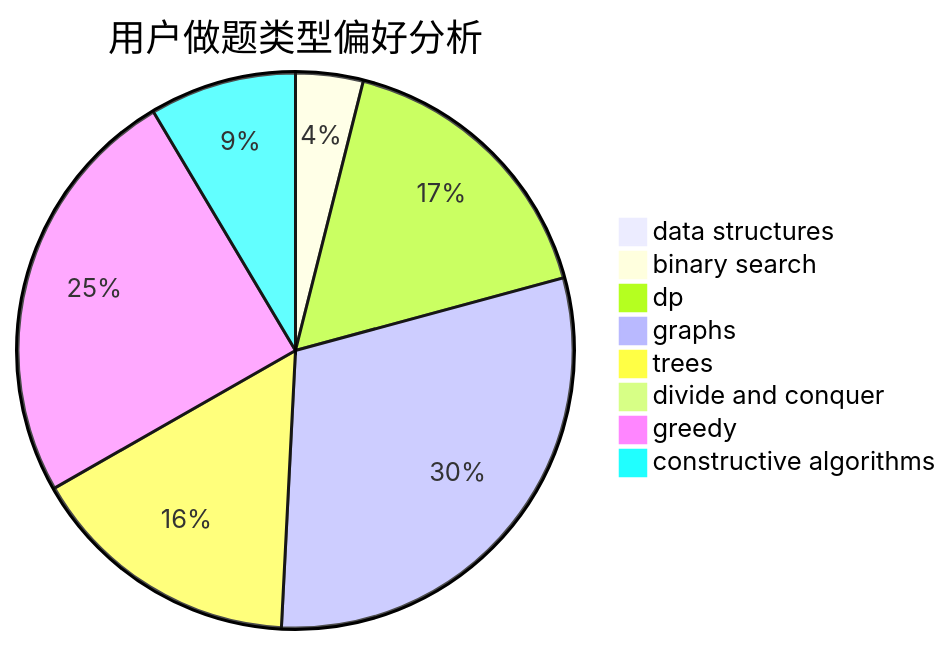
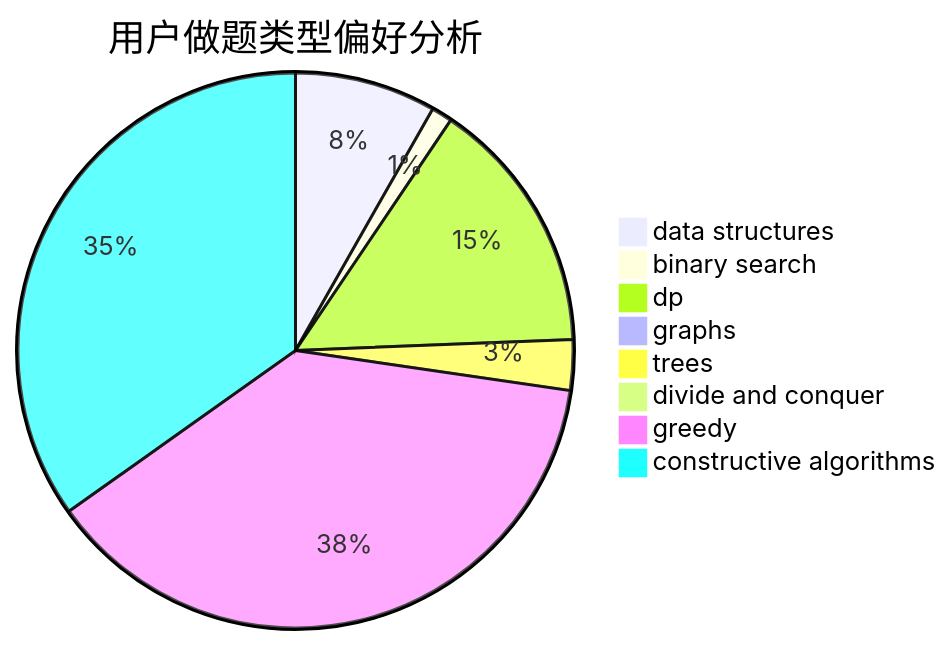
Before and after one commit to sherpahu/cfrs.github.io: the second of 3 diagrams in docs/user/u386.md, drawn with Mermaid. The commit also changed other lines of this file and 2770 other files, not shown here.

````diff
--- a/docs/user/u386.md
+++ b/docs/user/u386.md
@@ -23,11 +23,11 @@
 ```mermaid
 pie title 用户做题类型偏好分析
-    "data structures" :  2
-    "binary search" :  17
-    "dp" :  73
-    "graphs" :  130
-    "trees" :  69
+    "data structures" :  81
+    "binary search" :  12
+    "dp" :  147
+    "graphs" :  9
+    "trees" :  29
     "divide and conquer" :  0
-    "greedy" :  107
-    "constructive algorithms" :  37
+    "greedy" :  373
+    "constructive algorithms" :  343
 ```
````
